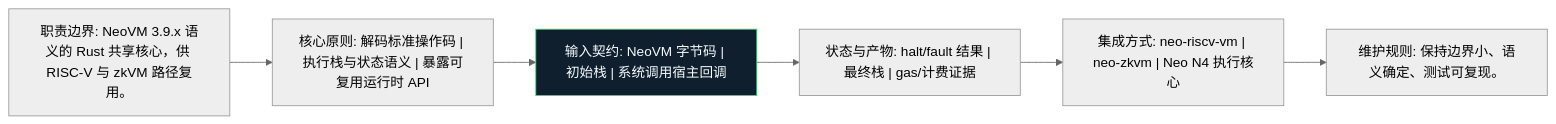
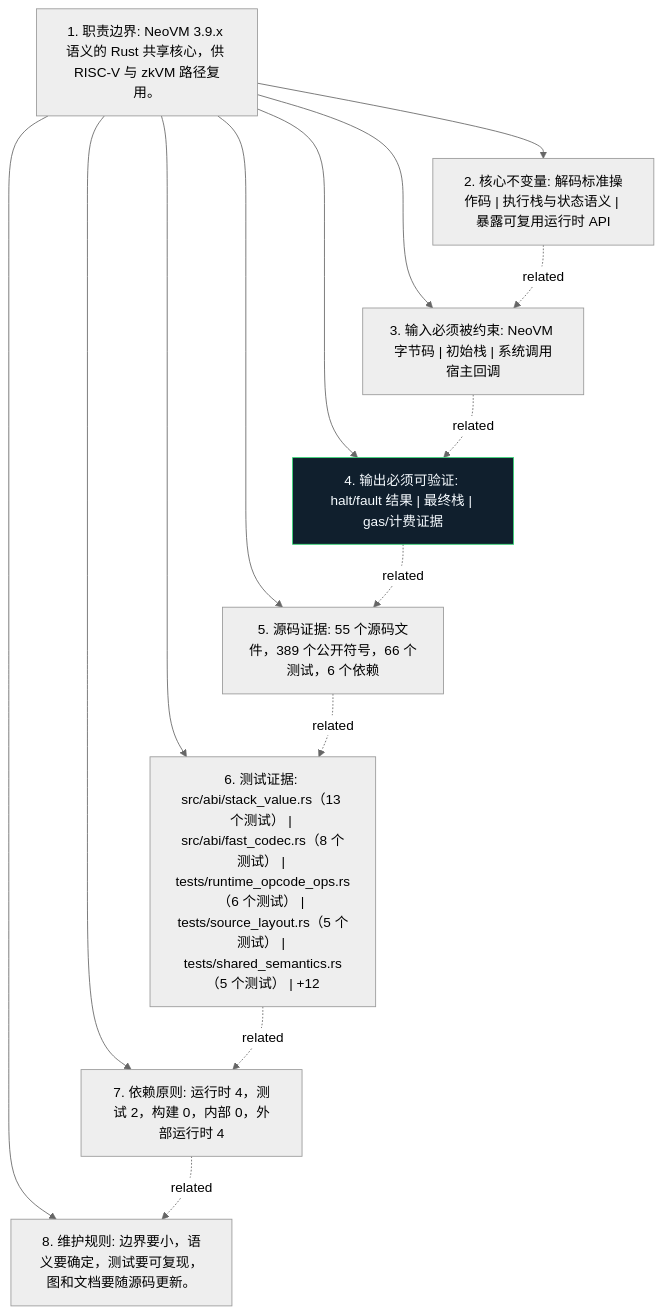
The diagram in docs/figures/principles.zh.mmd (r3e-network/neo-vm-rs), drawn with Mermaid (neutral theme) before and after one commit. The commit also changed 43 other files, not shown here.

Commit message:
Deepen crate diagrams with source-aware atlas

```diff
--- a/docs/figures/principles.zh.mmd
+++ b/docs/figures/principles.zh.mmd
@@ -1,14 +1,24 @@
-flowchart LR
-    N1["职责边界: NeoVM 3.9.x 语义的 Rust 共享核心，供 RISC-V 与 zkVM 路径复用。"]
-    N2["核心原则: 解码标准操作码 | 执行栈与状态语义 | 暴露可复用运行时 API"]
-    N3["输入契约: NeoVM 字节码 | 初始栈 | 系统调用宿主回调"]
-    N4["状态与产物: halt/fault 结果 | 最终栈 | gas/计费证据"]
-    N5["集成方式: neo-riscv-vm | neo-zkvm | Neo N4 执行核心"]
-    N6["维护规则: 保持边界小、语义确定、测试可复现。"]
+flowchart TB
+    N1["1. 职责边界: NeoVM 3.9.x 语义的 Rust 共享核心，供 RISC-V 与 zkVM 路径复用。"]
+    N2["2. 核心不变量: 解码标准操作码 | 执行栈与状态语义 | 暴露可复用运行时 API"]
+    N3["3. 输入必须被约束: NeoVM 字节码 | 初始栈 | 系统调用宿主回调"]
+    N4["4. 输出必须可验证: halt/fault 结果 | 最终栈 | gas/计费证据"]
+    N5["5. 源码证据: 55 个源码文件，389 个公开符号，66 个测试，6 个依赖"]
+    N6["6. 测试证据: src/abi/stack_value.rs（13 个测试） | src/abi/fast_codec.rs（8 个测试） | tests/runtime_opcode_ops.rs（6 个测试） | tests/source_layout.rs（5 个测试） | tests/shared_semantics.rs（5 个测试） | +12"]
+    N7["7. 依赖原则: 运行时 4，测试 2，构建 0，内部 0，外部运行时 4"]
+    N8["8. 维护规则: 边界要小，语义要确定，测试要可复现，图和文档要随源码更新。"]
     N1 --> N2
-    N2 --> N3
-    N3 --> N4
-    N4 --> N5
-    N5 --> N6
+    N1 --> N3
+    N1 --> N4
+    N1 --> N5
+    N1 --> N6
+    N1 --> N7
+    N1 --> N8
+    N2 -. related .-> N3
+    N3 -. related .-> N4
+    N4 -. related .-> N5
+    N5 -. related .-> N6
+    N6 -. related .-> N7
+    N7 -. related .-> N8
     classDef crate fill:#101f2d,stroke:#38d978,color:#f6fbff
-    class N3 crate
+    class N4 crate
```
